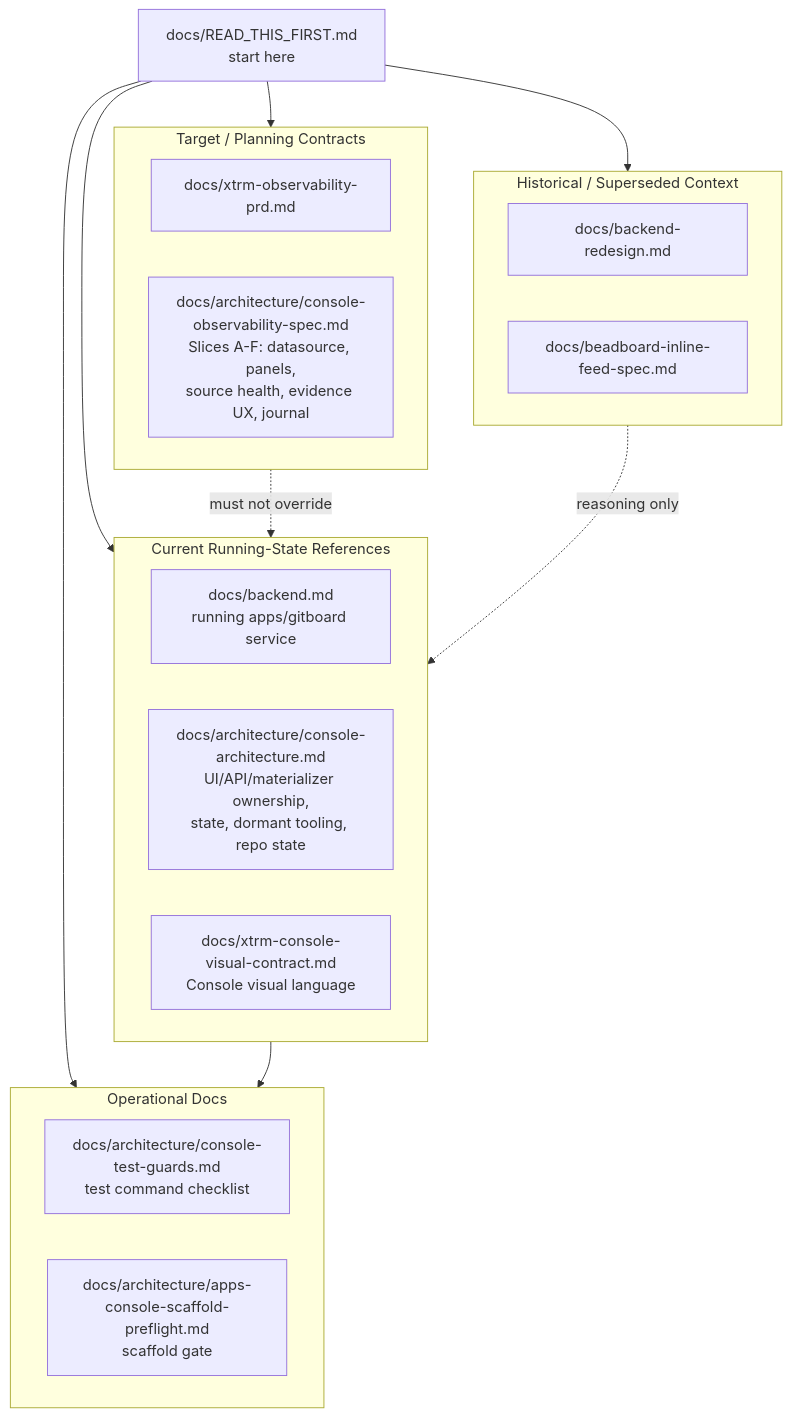
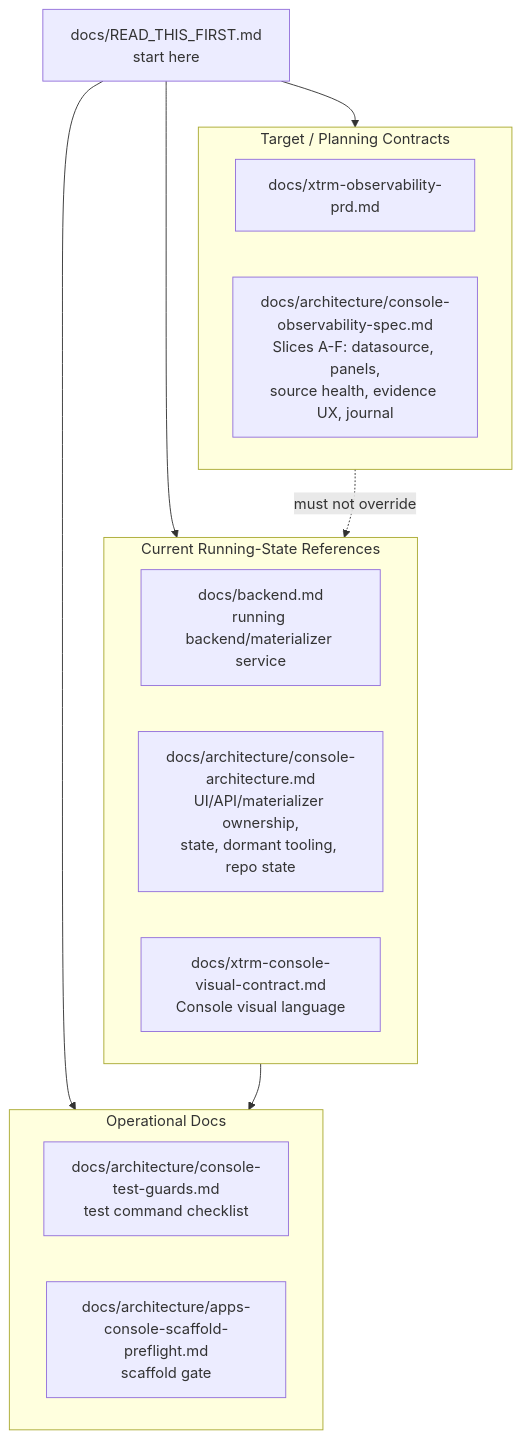
Before and after one commit to Jaggerxtrm/console: the diagram in docs/READ_THIS_FIRST.md, drawn with Mermaid. The commit also changed other lines of this file and 25 other files, not shown here.

````diff
--- a/docs/READ_THIS_FIRST.md
+++ b/docs/READ_THIS_FIRST.md
@@ -12,33 +12,26 @@
 ```mermaid
 flowchart TB
     Entry["docs/READ_THIS_FIRST.md\nstart here"]
 
     subgraph Current["Current Running-State References"]
-        Backend["docs/backend.md\nrunning apps/gitboard service"]
+        Backend["docs/backend.md\nrunning backend/materializer service"]
         Architecture["docs/architecture/console-architecture.md\nUI/API/materializer ownership,\nstate, dormant tooling, repo state"]
         Visual["docs/xtrm-console-visual-contract.md\nConsole visual language"]
     end
 
     subgraph Operational["Operational Docs"]
         Guards["docs/architecture/console-test-guards.md\ntest command checklist"]
         Preflight["docs/architecture/apps-console-scaffold-preflight.md\nscaffold gate"]
     end
 
     subgraph Planning["Target / Planning Contracts"]
         PRD["docs/xtrm-observability-prd.md"]
         ObsSpec["docs/architecture/console-observability-spec.md\nSlices A-F: datasource, panels,\nsource health, evidence UX, journal"]
     end
 
-    subgraph Historical["Historical / Superseded Context"]
-        Redesign["docs/backend-redesign.md"]
-        Beadboard["docs/beadboard-inline-feed-spec.md"]
-    end
-
     Entry --> Current
     Entry --> Operational
     Entry --> Planning
-    Entry --> Historical
     Current --> Operational
     Planning -. "must not override" .-> Current
-    Historical -. "reasoning only" .-> Current
 ```
````
